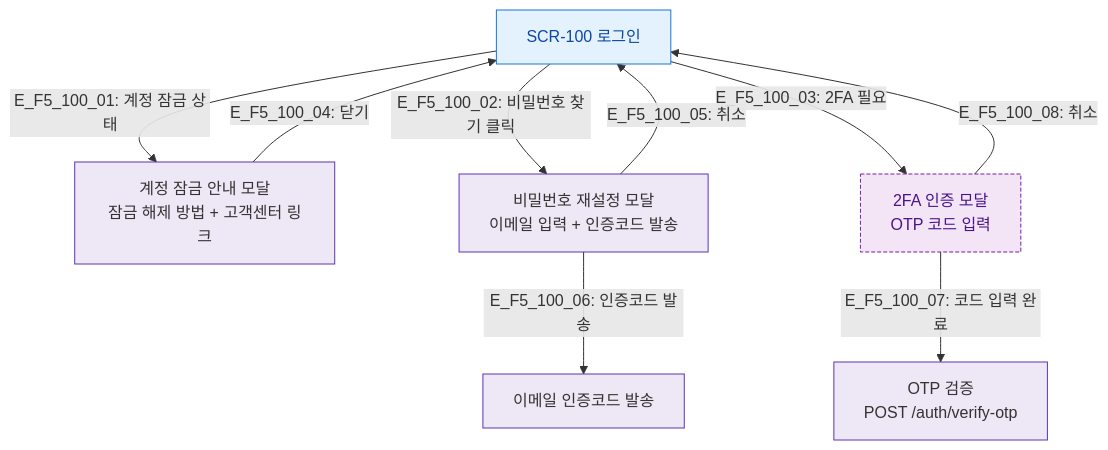
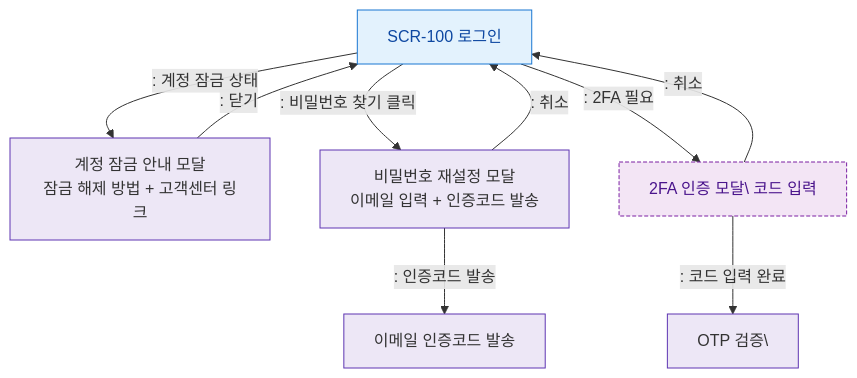
The diagram in docs/다이어그램/D10_본사관리/SCR-100_로그인/F5_모달트리거.md (dev-spogym/admin-pando), drawn with Mermaid before and after one commit. The commit also changed other lines of this file and 1660 other files, not shown here.

First line of the commit message:
다이어그램: 기획자/클라이언트 납품본으로 정리

````diff
--- a/docs/다이어그램/D10_본사관리/SCR-100_로그인/F5_모달트리거.md
+++ b/docs/다이어그램/D10_본사관리/SCR-100_로그인/F5_모달트리거.md
@@ -14,22 +12,22 @@
 ```mermaid
 flowchart TD
     SCR100[SCR-100 로그인]
 
-    SCR100 -->|"E_F5_100_01: 계정 잠금 상태"| ModalLocked[계정 잠금 안내 모달\n잠금 해제 방법 + 고객센터 링크]
-    SCR100 -->|"E_F5_100_02: 비밀번호 찾기 클릭"| ModalForgot[비밀번호 재설정 모달\n이메일 입력 + 인증코드 발송]
-    SCR100 -->|"E_F5_100_03: 2FA 필요"| Modal2FA[2FA 인증 모달\nOTP 코드 입력]
+    SCR100 -->|": 계정 잠금 상태"|ModalLocked[계정 잠금 안내 모달\n잠금 해제 방법 + 고객센터 링크]
+    SCR100 -->|": 비밀번호 찾기 클릭"|ModalForgot[비밀번호 재설정 모달\n이메일 입력 + 인증코드 발송]
+    SCR100 -->|": 2FA 필요"|Modal2FA[2FA 인증 모달\ 코드 입력]
 
-    ModalLocked -->|"E_F5_100_04: 닫기"| SCR100
-    ModalForgot -->|"E_F5_100_05: 취소"| SCR100
-    ModalForgot -->|"E_F5_100_06: 인증코드 발송"| SendCode[이메일 인증코드 발송]
-    Modal2FA -->|"E_F5_100_07: 코드 입력 완료"| VerifyOTP[OTP 검증\nPOST /auth/verify-otp]
-    Modal2FA -->|"E_F5_100_08: 취소"| SCR100
+    ModalLocked -->|": 닫기"|SCR100
+    ModalForgot -->|": 취소"|SCR100
+    ModalForgot -->|": 인증코드 발송"|SendCode[이메일 인증코드 발송]
+    Modal2FA -->|": 코드 입력 완료"|VerifyOTP[OTP 검증\]
+    Modal2FA -->|": 취소"|SCR100
 
     classDef screen fill:#E3F2FD,stroke:#1976D2,color:#0D47A1
     classDef newFeature fill:#F3E5F5,stroke:#7B1FA2,color:#4A148C,stroke-dasharray:4 2
     classDef system fill:#EDE7F6,stroke:#5E35B2
     class SCR100 screen
     class Modal2FA newFeature
     class ModalLocked,ModalForgot system
     class SendCode,VerifyOTP system
 ```
````
